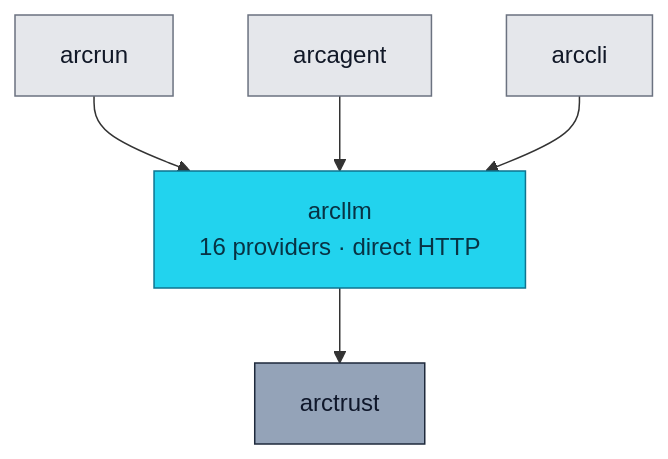
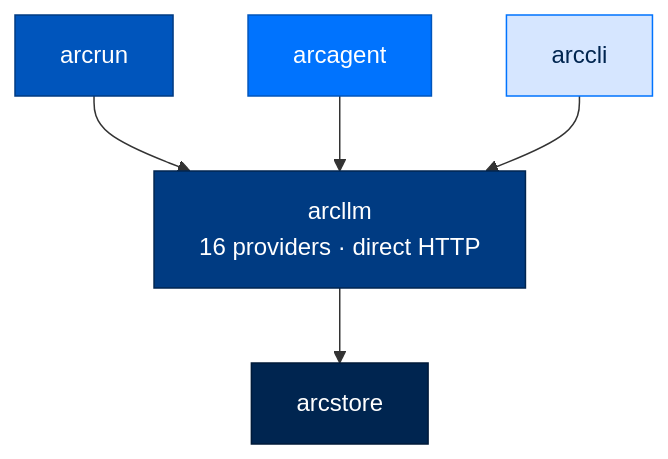
One commit to joshuamschultz/Arc changed the diagram in packages/arcllm/README.md. Above: the diagram before and after it, drawn with Mermaid. The commit also changed other lines of this file and 16 other files, not shown here.

````diff
--- a/packages/arcllm/README.md
+++ b/packages/arcllm/README.md
@@ -33,11 +33,13 @@
 ```mermaid
 flowchart TB
-    classDef llm fill:#22D3EE,stroke:#0E7490,color:#083344
-    classDef tr fill:#94A3B8,stroke:#1E293B,color:#0F172A
-    classDef other fill:#E5E7EB,stroke:#6B7280,color:#111827
+    classDef llm fill:#003B82,stroke:#002550,color:#FFFFFF
+    classDef found fill:#002550,stroke:#001A38,color:#FFFFFF
+    classDef runtime fill:#0055BC,stroke:#003B82,color:#FFFFFF
+    classDef agent fill:#0073FE,stroke:#0055BC,color:#FFFFFF
+    classDef entry fill:#D6E6FF,stroke:#0073FE,color:#002550
 
-    arcrun[arcrun]:::other --> arcllm
-    arcagent[arcagent]:::other --> arcllm
-    arccli[arccli]:::other --> arcllm
-    arcllm[arcllm<br/>16 providers · direct HTTP]:::llm --> arctrust[arctrust]:::tr
+    arcrun[arcrun]:::runtime --> arcllm
+    arcagent[arcagent]:::agent --> arcllm
+    arccli[arccli]:::entry --> arcllm
+    arcllm[arcllm<br/>16 providers · direct HTTP]:::llm --> arcstore[arcstore]:::found
 ```
````
